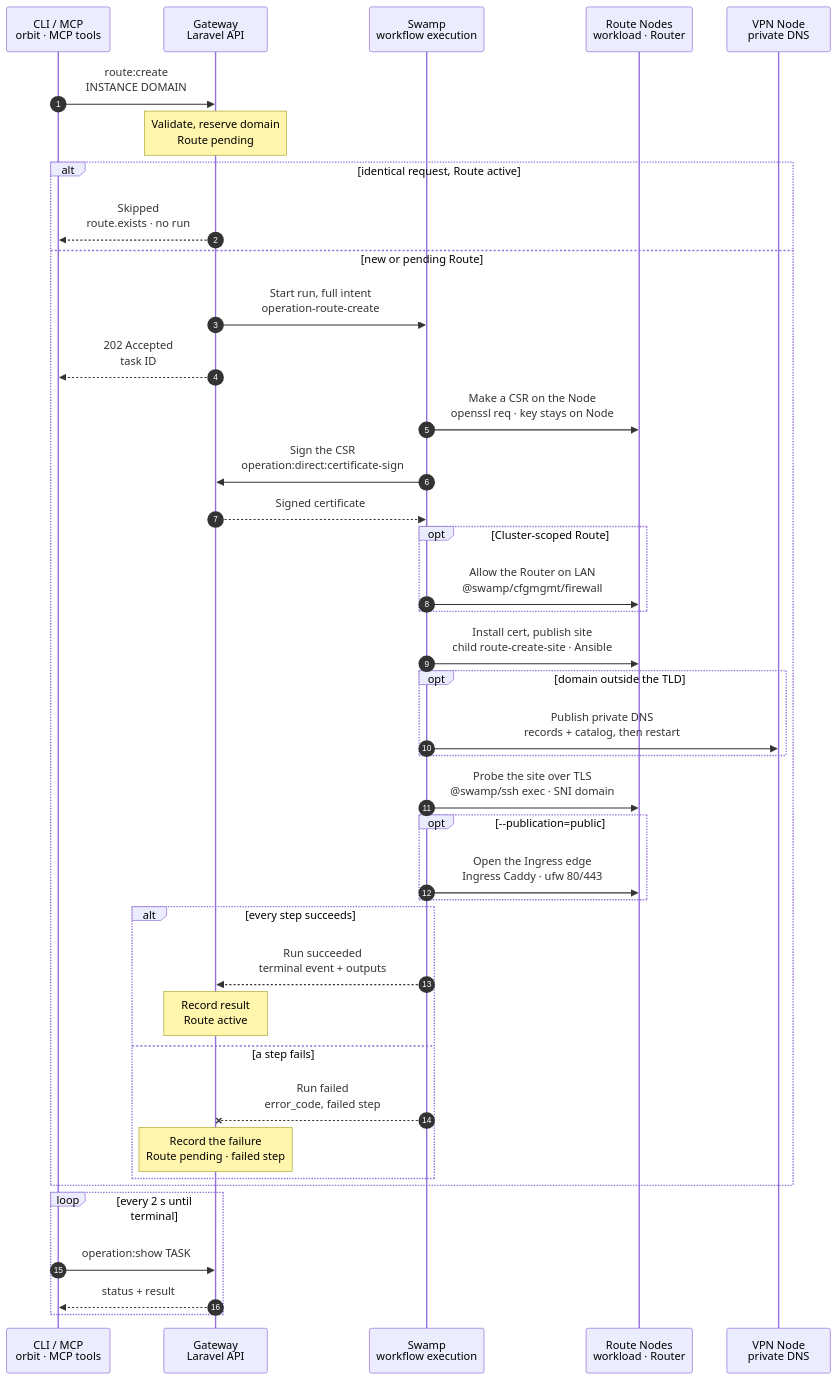
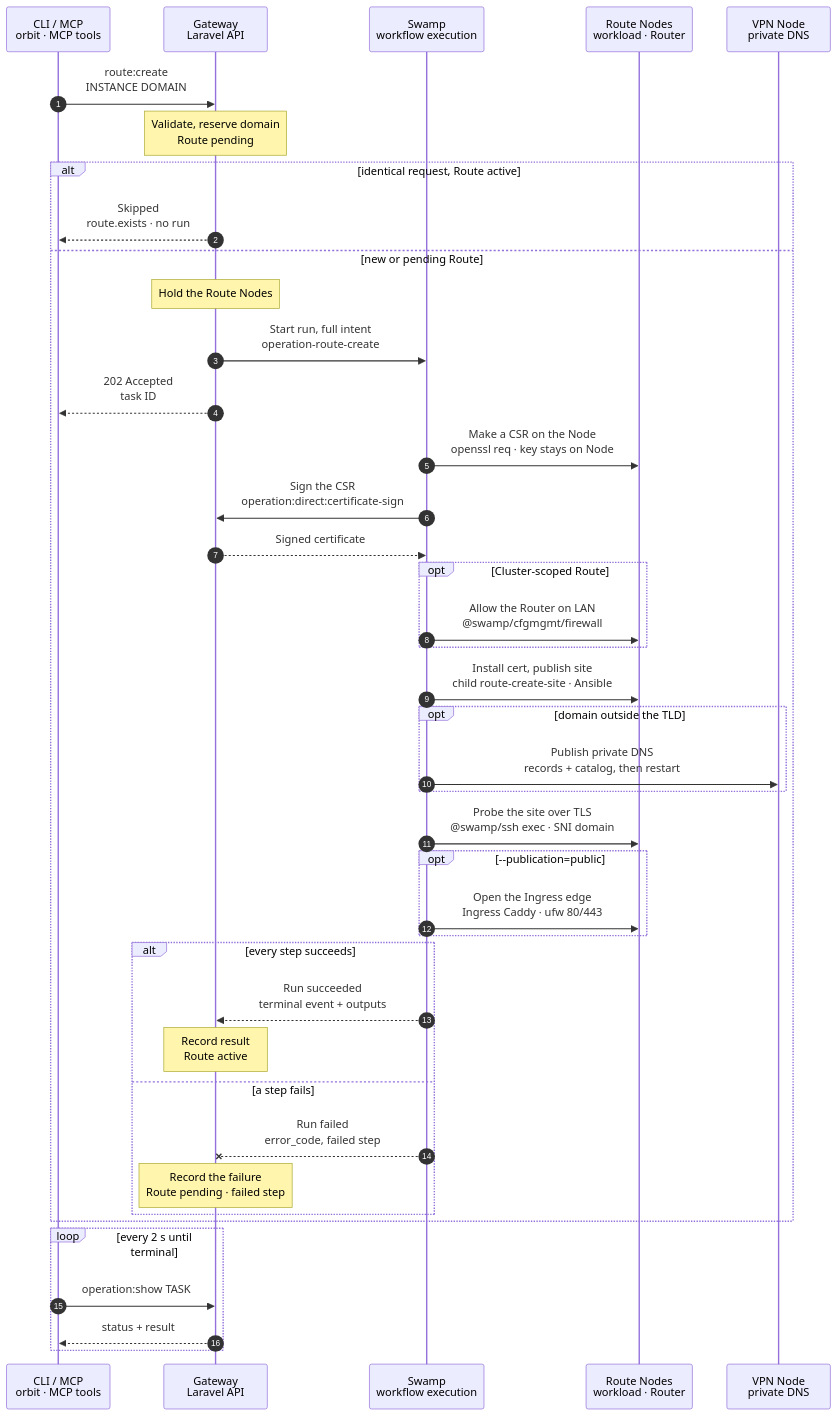
Before and after one commit to hardimpactdev/orbit: the diagram in docs/cli/route/create.mmd, drawn with Mermaid. The commit also changed 19 other files, not shown here.

First line of the commit message:
feat(routes): hold each Route-serving Node from admission to the terminal state (#3060)

```diff
--- a/docs/cli/route/create.mmd
+++ b/docs/cli/route/create.mmd
@@ -1,66 +1,79 @@
 sequenceDiagram
+  %% Decided by the orchestrator, for Nick's review (2026-11-06): the Gateway holds each Route-serving Node from admission to the terminal state; a second Route write on it waits (docs/reference/routes.md#coordinate-publication).
   %% Target design: ADR 0244 task, one Swamp run, certificate signing is the one step-to-Gateway call. docs/reference/routes.md#create-and-change-targets.
   %% Decided by the orchestrator, for Nick's review (2026-11-06): the site child is one Ansible phase per Node (tags site), because each placed Swamp step costs about 1.2 s and the child ran 30 in series (47.6 s measured).
   %% Decided by the orchestrator, for Nick's review (2026-11-06): private DNS is published beside the site install, not last (it waited 4 to 7 s for the site and the probe it does not depend on).
   %% status: draft
   %% command: route:create
   %% kind: route.create
   autonumber
   %% lane CLI icon=terminal pill=caller tone=gray
   %% lane GW icon=gateway pill=intent tone=blue
   %% lane SW icon=workflow pill=executes tone=green
   %% lane N icon=server pill=target tone=amber
   %% lane V icon=server pill=target tone=purple
   participant CLI as CLI / MCP<br/>orbit · MCP tools
   participant GW as Gateway<br/>Laravel API
   participant SW as Swamp<br/>workflow execution
   participant N as Route Nodes<br/>workload · Router
   participant V as VPN Node<br/>private DNS
   CLI->>GW: route:create<br/>INSTANCE DOMAIN
   Note over GW: Validate, reserve domain<br/>Route pending
   alt identical request, Route active
     GW-->>CLI: Skipped<br/>route.exists · no run
     %%> Result:
     %%> - the command succeeds and changes nothing; a different request for the domain is refused with `route.retry_conflict`
   else new or pending Route
+    Note over GW: Hold the Route Nodes
+    %%> What it does:
+    %%> - holds each Node that serves this Route's site (Caddy and PHP) from admission to the terminal state
+    %%> - a second Route write on one of those Nodes waits (task status `waiting`) and starts when the Node is free, oldest first
+    %%> Not held:
+    %%> - the DNS Node: its records are keyed, and the apply phase refuses a file that changed since the read
+    %%> Limit:
+    %%> - two Route writes on one Node run one after the other, so each waits for the other's whole run
+    %%> - a newer write waits behind an older waiting one that shares a Node, and a waiting write can be cancelled
+    %%> - a timed-out write keeps its Nodes until Swamp confirms that its run stopped, or for 15 minutes
+    %%> - not held: task provision and cancel, instance register and the Cluster Router writes, which publish sites too
+    %%> - a task that waits starts from the Node's live files; a site block that matches none of its captured states still stops it with `owned_revision_conflict`
     GW->>SW: Start run, full intent<br/>operation-route-create
     GW-->>CLI: 202 Accepted<br/>task ID
     SW->>N: Make a CSR on the Node<br/>openssl req · key stays on Node
     SW->>GW: Sign the CSR<br/>operation:direct:certificate-sign
     %%> Why a call to the Gateway:
     %%> - certificate signing is the one allowed step-to-Gateway call; the Orbit CA stays in the Gateway
     GW-->>SW: Signed certificate
     opt Cluster-scoped Route
       SW->>N: Allow the Router on LAN<br/>@swamp/cfgmgmt/firewall
     end
     SW->>N: Install cert, publish site<br/>child route-create-site · Ansible
     %%> How:
     %%> - each PHP-FPM unit is reloaded and enabled; a stopped one starts (a task VM image keeps PHP-FPM off)
     opt domain outside the TLD
       SW->>V: Publish private DNS<br/>records + catalog, then restart
       %%> When:
       %%> - beside the site install, not after the probe: it needs nothing from the site and waits only for the earlier steps. A failed install can leave a record that points at a Node without the site, and a failed DNS publish now skips the probe and the Ingress edge; a rerun or the Route removal replaces the record
     end
     SW->>N: Probe the site over TLS<br/>@swamp/ssh exec · SNI domain
     %%> Why:
     %%> - the probe checks the hostname and the trusted chain; it does not need a successful application HTTP response
     opt --publication=public
       SW->>N: Open the Ingress edge<br/>Ingress Caddy · ufw 80/443
     end
     alt every step succeeds
       SW-->>GW: Run succeeded<br/>terminal event + outputs
       Note over GW: Record result<br/>Route active
     else a step fails
       SW--xGW: Run failed<br/>error_code, failed step
       Note over GW: Record the failure<br/>Route pending · failed step
       %%> On the Nodes:
       %%> - a failed validation leaves the candidate Caddyfile and stops the reload; other changes stay; there is no rollback
       %%> Retry:
       %%> - fix the cause and run the same command again; it resumes the pending Route
       %%> - `route:destroy` removes the Route and its files
     end
   end
   loop every 2 s until terminal
     CLI->>GW: operation:show TASK
     GW-->>CLI: status + result
   end
```
